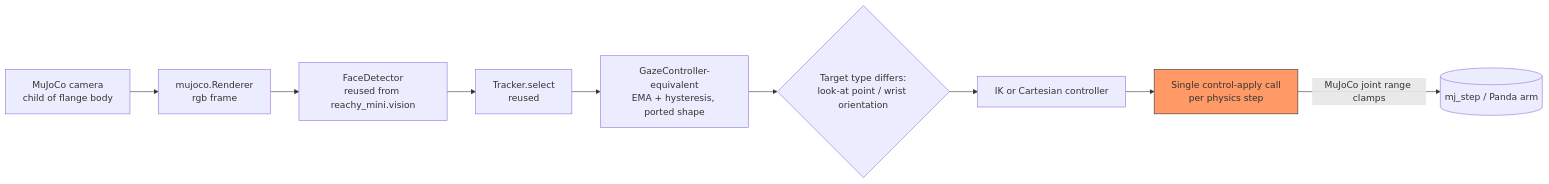
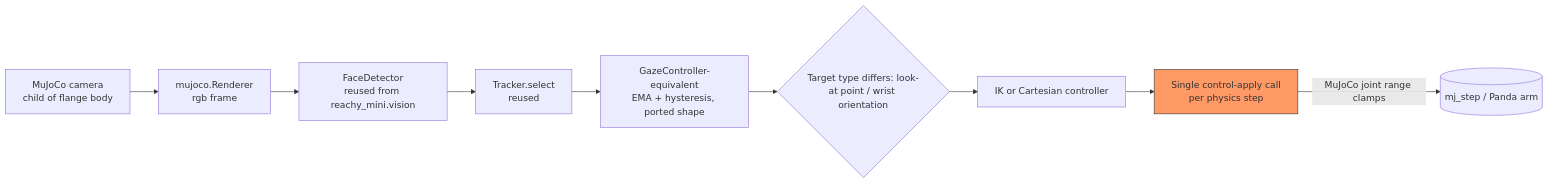
One commit to VivekSai07/social-reachy changed the fourth of 4 diagrams in docs/franka_realsense_gaze_findings.md. Above: the diagram before and after it, drawn with Mermaid. The commit also changed other lines of this file, not shown here.

Commit message:
research: address final review findings (eye-in-hand control loop, detector domain gap, kinematic safety open questions, citation fixes)

````diff
--- a/docs/franka_realsense_gaze_findings.md
+++ b/docs/franka_realsense_gaze_findings.md
@@ -359,12 +398,12 @@
 ```mermaid
 flowchart LR
-    A[MuJoCo camera\nchild of flange body] --> B[mujoco.Renderer\nrgb frame]
-    B --> C[FaceDetector\nreused from reachy_mini.vision]
-    C --> D[Tracker.select\nreused]
-    D --> E[GazeController-equivalent\nEMA + hysteresis, ported shape]
-    E --> F{Target type differs:\nlook-at point / wrist orientation}
+    A[MuJoCo camera<br/>child of flange body] --> B[mujoco.Renderer<br/>rgb frame]
+    B --> C[FaceDetector<br/>reused from reachy_mini.vision]
+    C --> D[Tracker.select<br/>reused]
+    D --> E[GazeController-equivalent<br/>EMA + hysteresis, ported shape]
+    E --> F{"Target type differs: look-at point / wrist orientation"}
     F --> G[IK or Cartesian controller]
-    G --> H[Single control-apply call\nper physics step]
+    G --> H[Single control-apply call<br/>per physics step]
     H -->|MuJoCo joint range clamps| I[(mj_step / Panda arm)]
     style H fill:#f96,stroke:#333
 ```
````
